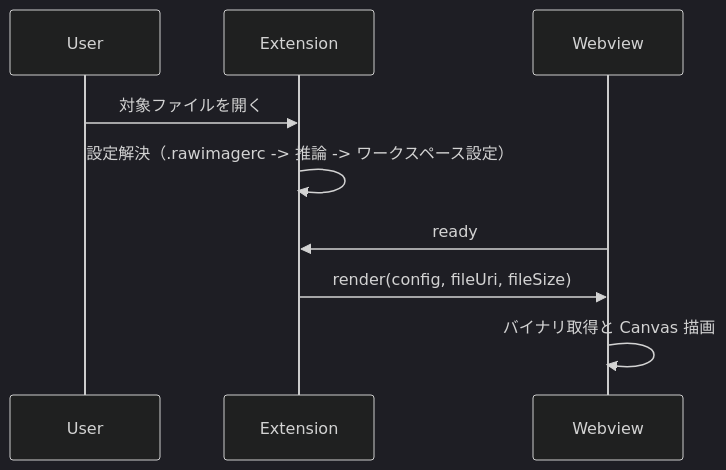
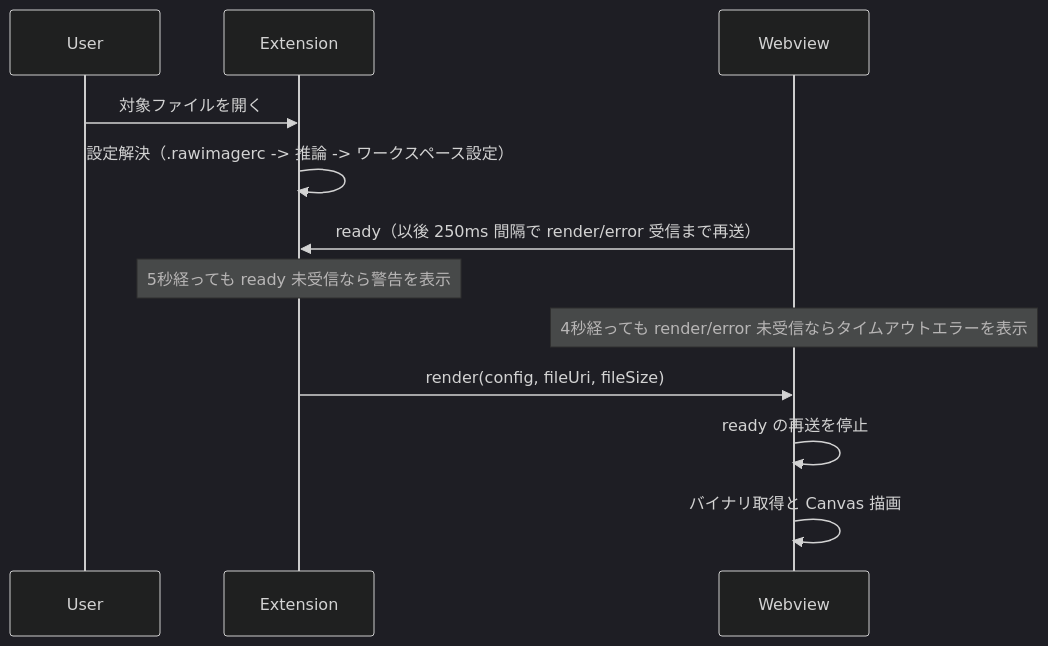
Before and after one commit to asiball/raw-image-viewer-pattern-config: the diagram in docs/detailed-design.md, drawn with Mermaid (dark theme). The commit also changed other lines of this file and 4 other files, not shown here.

````diff
--- a/docs/detailed-design.md
+++ b/docs/detailed-design.md
@@ -82,12 +84,15 @@
 ```mermaid
 sequenceDiagram
   participant U as User
   participant E as Extension
   participant W as Webview
 
   U->>E: 対象ファイルを開く
   E->>E: 設定解決（.rawimagerc -> 推論 -> ワークスペース設定）
-  W->>E: ready
+  W->>E: ready（以後 250ms 間隔で render/error 受信まで再送）
+  Note over E: 5秒経っても ready 未受信なら警告を表示
+  Note over W: 4秒経っても render/error 未受信ならタイムアウトエラーを表示
   E->>W: render(config, fileUri, fileSize)
+  W->>W: ready の再送を停止
   W->>W: バイナリ取得と Canvas 描画
 ```
````
